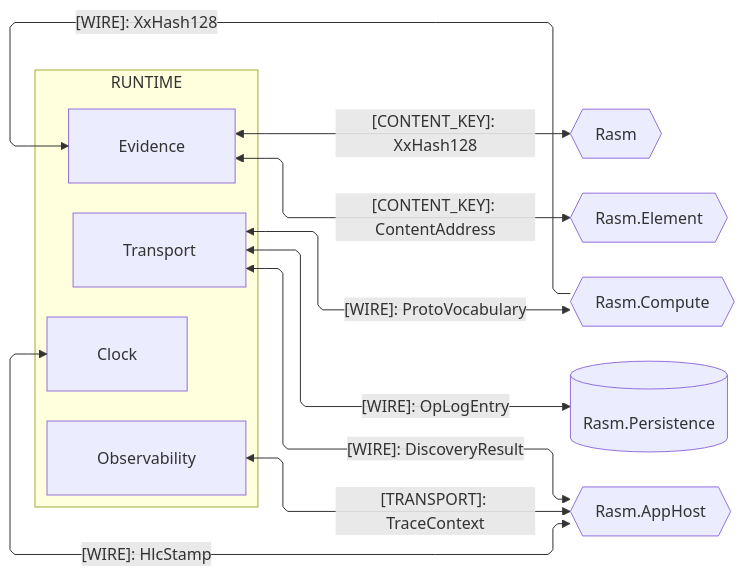
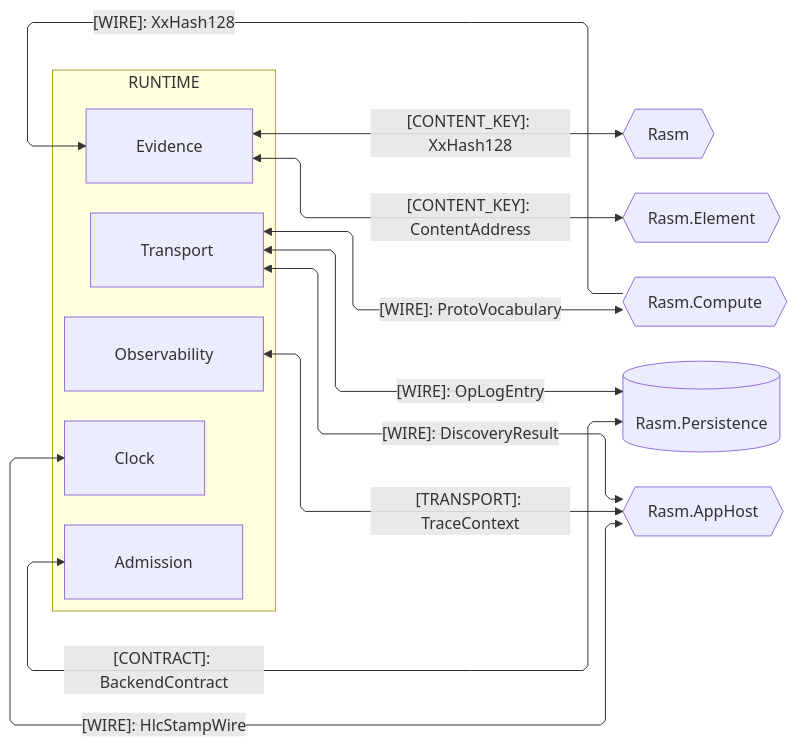
One commit to bsamiee/Rasm changed the second of 3 diagrams in libs/python/runtime/ARCHITECTURE.md. Above: the diagram before and after it, drawn with Mermaid. The commit also changed other lines of this file and 486 other files, not shown here.

````diff
--- a/libs/python/runtime/ARCHITECTURE.md
+++ b/libs/python/runtime/ARCHITECTURE.md
@@ -119,31 +119,33 @@
 ```mermaid
 ---
 config:
   layout: elk
   flowchart:
     curve: linear
     padding: 25
 ---
 flowchart LR
     accTitle: Runtime C# platform and kernel seams
     accDescr: Runtime sub-domain owners exchanging content keys, wire codecs, gRPC transport, and clock stamps with the C# peers.
     subgraph runtime[RUNTIME]
         Evidence[Evidence]
+        Admission[Admission]
         Transport[Transport]
         Observability[Observability]
         Clock[Clock]
     end
     Rasm{{Rasm}}
     Element{{Rasm.Element}}
     Compute{{Rasm.Compute}}
     Persistence[(Rasm.Persistence)]
     AppHost{{Rasm.AppHost}}
     Evidence e1@<-->|"[CONTENT_KEY]: XxHash128"| Rasm
     Evidence e2@<-->|"[CONTENT_KEY]: ContentAddress"| Element
     Compute e3@-->|"[WIRE]: XxHash128"| Evidence
     Transport e4@<-->|"[WIRE]: ProtoVocabulary"| Compute
     Transport e5@<-->|"[WIRE]: OpLogEntry"| Persistence
+    Persistence e9@<-->|"[CONTRACT]: BackendContract"| Admission
     Transport e6@<-->|"[WIRE]: DiscoveryResult"| AppHost
     Observability e7@<-->|"[TRANSPORT]: TraceContext"| AppHost
-    AppHost e8@<-->|"[WIRE]: HlcStamp"| Clock
+    AppHost e8@<-->|"[WIRE]: HlcStampWire"| Clock
 ```
````
